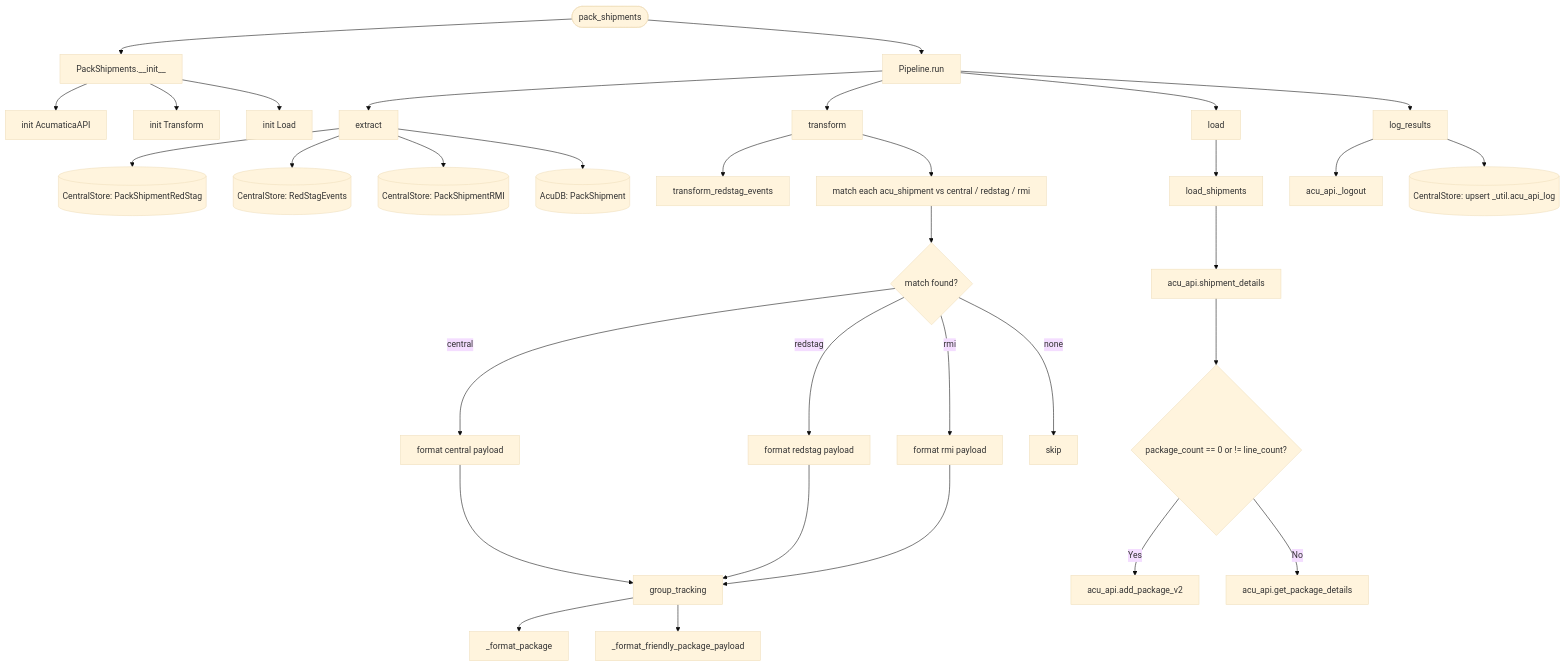
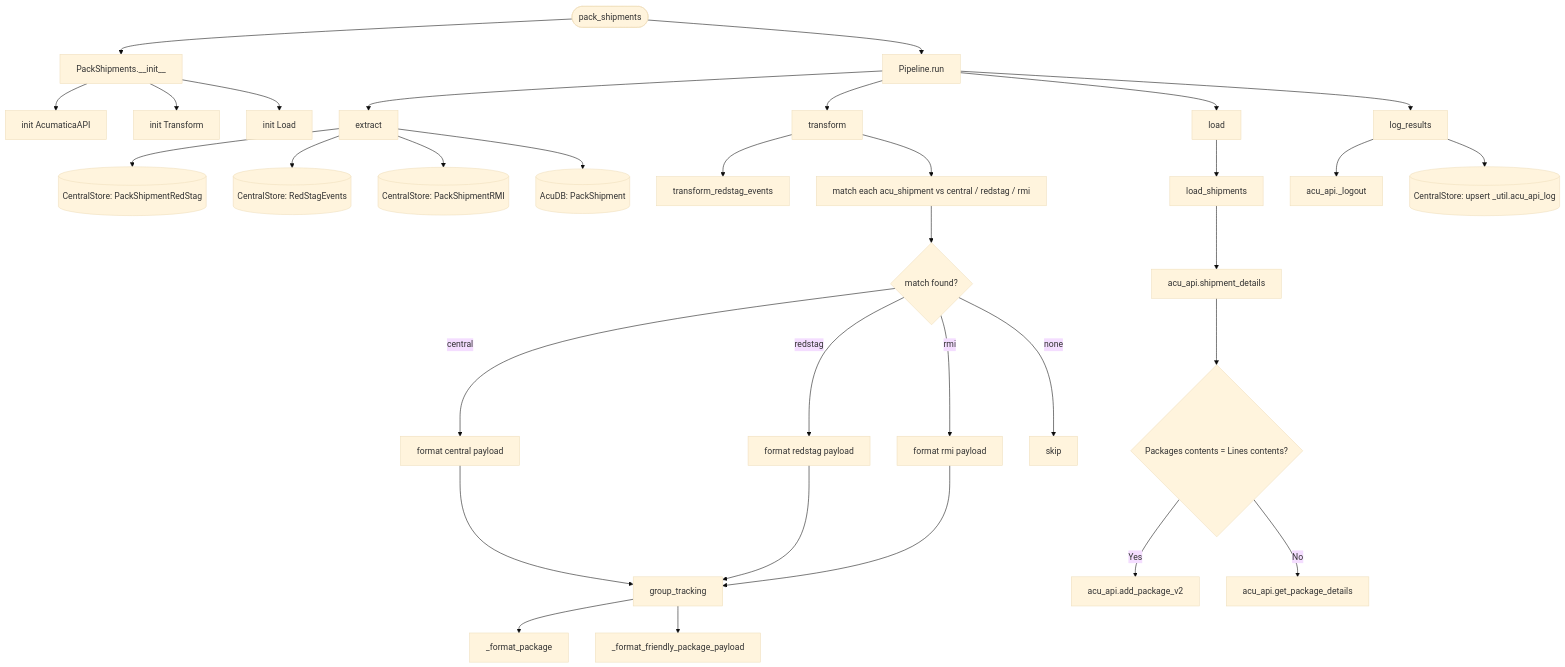
The diagram in docs/functions/pack_shipments.md (journeyhl/logistics-integration-platform), drawn with Mermaid (base theme) before and after one commit. The commit also changed other lines of this file and 19 other files, not shown here.

````diff
--- a/docs/functions/pack_shipments.md
+++ b/docs/functions/pack_shipments.md
@@ -32,38 +30,38 @@
 ```mermaid
 %%{init: {"flowchart": {"wrappingWidth": 400}}}%%
 flowchart TD
     A([pack_shipments]) --> B[PackShipments.__init__]
     B --> B1[init AcumaticaAPI]
     B --> B2[init Transform]
     B --> B3[init Load]
     A --> RUN[Pipeline.run]
 
     RUN --> EX[extract]
     EX --> D1[(CentralStore: PackShipmentRedStag)]
     EX --> D2[(CentralStore: RedStagEvents)]
     EX --> D3[(CentralStore: PackShipmentRMI)]
     EX --> D4[(AcuDB: PackShipment)]
 
     RUN --> TR[transform]
     TR --> T1[transform_redstag_events]
     TR --> T2[match each acu_shipment vs central / redstag / rmi]
     T2 --> MATCH{match found?}
     MATCH -->|central| M1[format central payload]
     MATCH -->|redstag| M2[format redstag payload]
     MATCH -->|rmi| M3[format rmi payload]
     MATCH -->|none| SKIP[skip]
     M1 & M2 & M3 --> GT[group_tracking]
     GT --> FP[_format_package]
     GT --> FFP[_format_friendly_package_payload]
 
     RUN --> LD[load]
     LD --> LS[load_shipments]
     LS --> SD[acu_api.shipment_details]
-    SD --> PKG{package_count == 0 or != line_count?}
+    SD --> PKG{Packages contents = Lines contents?}
     PKG -->|Yes| AP[acu_api.add_package_v2]
     PKG -->|No| GP[acu_api.get_package_details]
 
     RUN --> LR[log_results]
     LR --> LO[acu_api._logout]
     LR --> UPS[(CentralStore: upsert _util.acu_api_log)]
 ```
````
